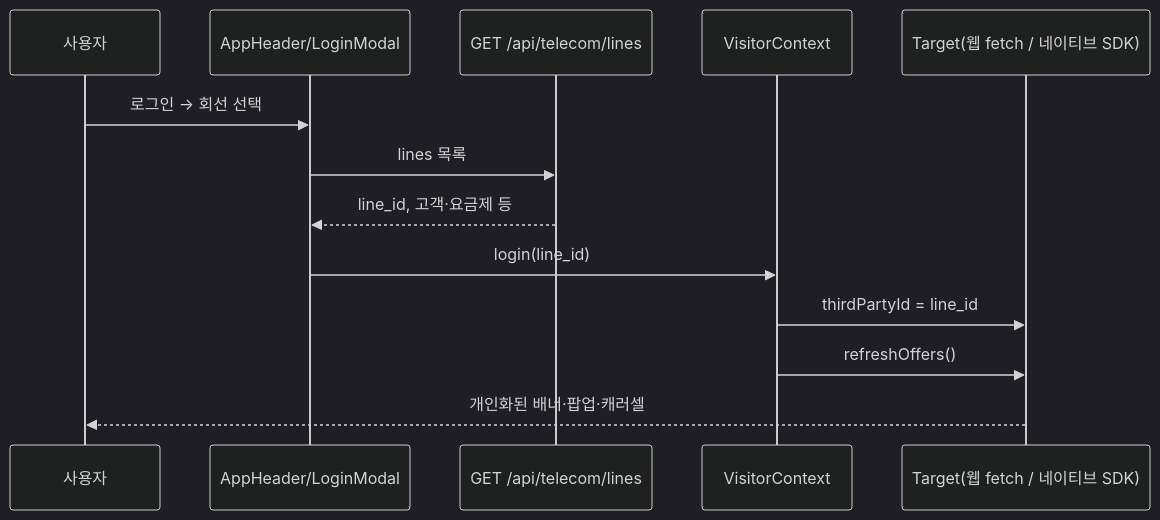
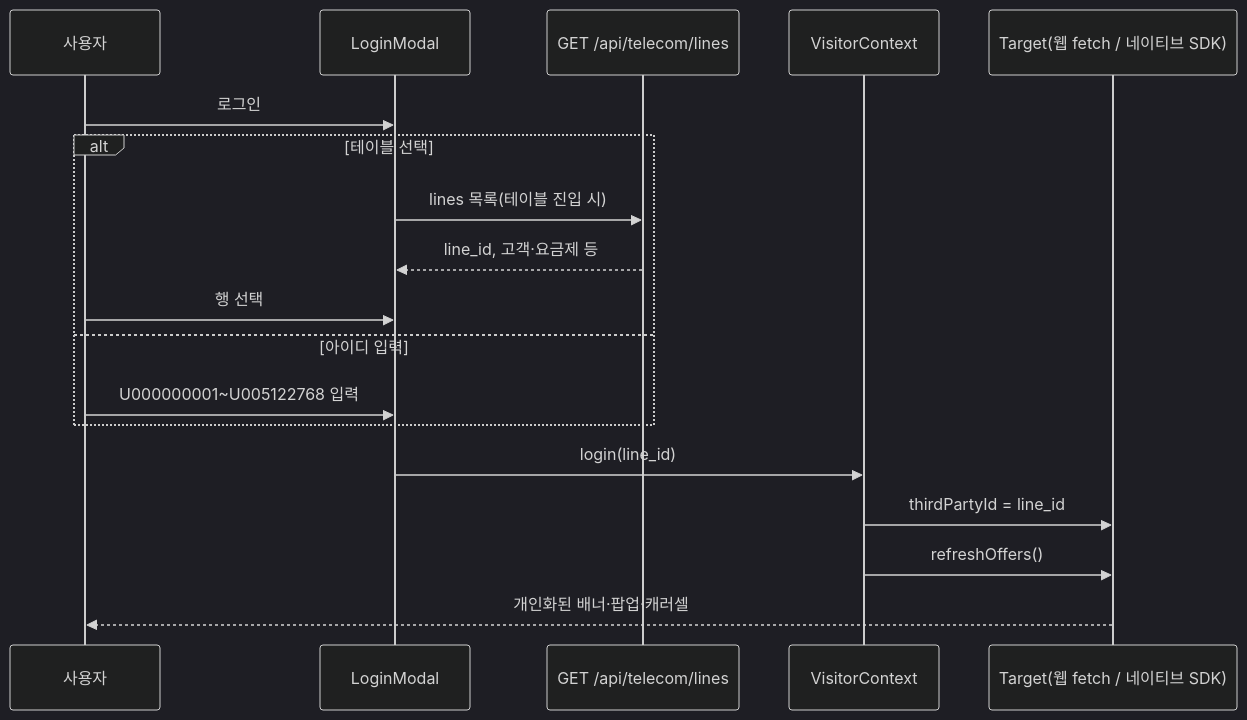
The fifth of 11 diagrams in docs/main/04_AT_TEST_PAGE_ADOBE_TARGET_INTEGRATION.md (WhatDoThis/AT_TEST_PAGE), drawn with Mermaid (dark theme) before and after one commit. The commit also changed other lines of this file and 6 other files, not shown here.

First line of the commit message:
feat: two-step login modal with table or line ID input

````diff
--- a/docs/main/04_AT_TEST_PAGE_ADOBE_TARGET_INTEGRATION.md
+++ b/docs/main/04_AT_TEST_PAGE_ADOBE_TARGET_INTEGRATION.md
@@ -290,16 +290,21 @@
 ```mermaid
 sequenceDiagram
   participant U as 사용자
-  participant H as AppHeader/LoginModal
+  participant H as LoginModal
   participant API as GET /api/telecom/lines
   participant V as VisitorContext
   participant T as Target(웹 fetch / 네이티브 SDK)
 
-  U->>H: 로그인 → 회선 선택
-  H->>API: lines 목록
-  API-->>H: line_id, 고객·요금제 등
+  U->>H: 로그인
+  alt 테이블 선택
+    H->>API: lines 목록(테이블 진입 시)
+    API-->>H: line_id, 고객·요금제 등
+    U->>H: 행 선택
+  else 아이디 입력
+    U->>H: U000000001~U005122768 입력
+  end
   H->>V: login(line_id)
   V->>T: thirdPartyId = line_id
   V->>T: refreshOffers()
   T-->>U: 개인화된 배너·팝업·캐러셀
 ```
````
